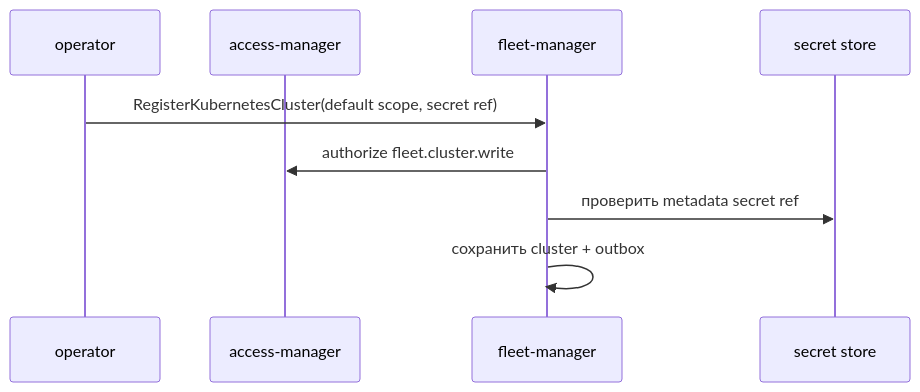
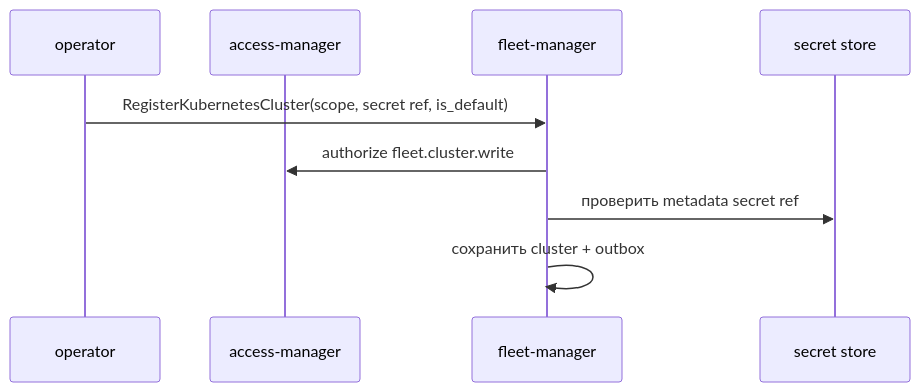
Before and after one commit to codex-k8s/kodex: the first of 3 diagrams in docs/domains/runtime-and-fleet/architecture/fleet_manager_design.md, drawn with Mermaid. The commit also changed other lines of this file and 8 other files, not shown here.

````diff
--- a/docs/domains/runtime-and-fleet/architecture/fleet_manager_design.md
+++ b/docs/domains/runtime-and-fleet/architecture/fleet_manager_design.md
@@ -116,11 +119,11 @@
 ```mermaid
 sequenceDiagram
   participant O as operator
   participant A as access-manager
   participant F as fleet-manager
   participant S as secret store
-  O->>F: RegisterKubernetesCluster(default scope, secret ref)
+  O->>F: RegisterKubernetesCluster(scope, secret ref, is_default)
   F->>A: authorize fleet.cluster.write
   F->>S: проверить metadata secret ref
   F->>F: сохранить cluster + outbox
 ```
````
